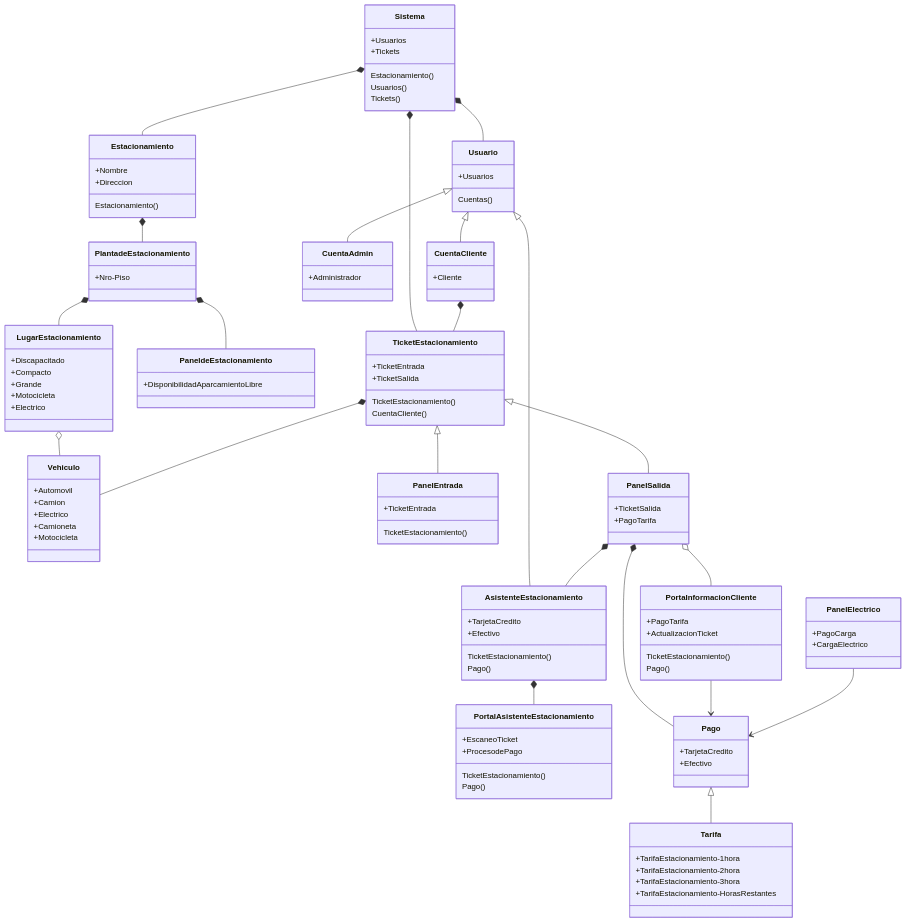
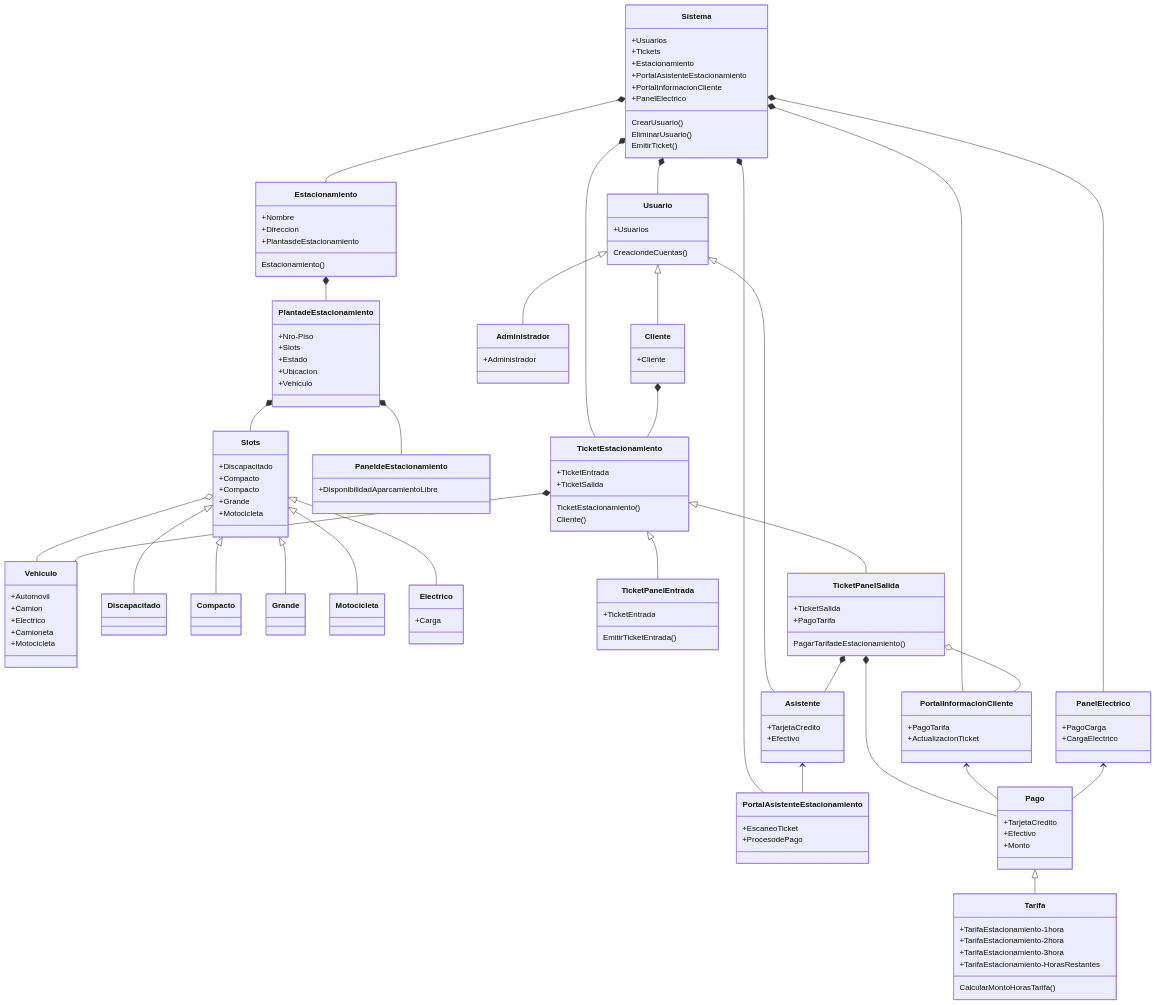
Before and after one commit to 09MauroID/Estacionamiento: the diagram in doc/diagrama.mmd, drawn with Mermaid.

```diff
--- a/doc/diagrama.mmd
+++ b/doc/diagrama.mmd
@@ -1,122 +1,146 @@
 classDiagram
     Estacionamiento *-- PlantadeEstacionamiento
-    PlantadeEstacionamiento *-- LugarEstacionamiento
-    LugarEstacionamiento o-- Vehiculo
+    PlantadeEstacionamiento *-- Slots
+    Slots o-- Vehiculo
     PlantadeEstacionamiento *-- PaneldeEstacionamiento
     
     Sistema *-- Estacionamiento
     Sistema *-- Usuario
     Sistema *-- TicketEstacionamiento
+    Sistema *-- PortalAsistenteEstacionamiento
+    Sistema *-- PortalInformacionCliente
+    Sistema *-- PanelElectrico
 
-    Usuario <|-- CuentaAdmin
-    Usuario <|-- CuentaCliente
-    Usuario <|-- AsistenteEstacionamiento
+    Slots <|-- Discapacitado
+    Slots <|-- Compacto
+    Slots <|-- Grande
+    Slots <|-- Motocicleta
+    Slots <|-- Electrico
     
-    AsistenteEstacionamiento *-- PortalAsistenteEstacionamiento
+    Usuario <|-- Administrador
+    Usuario <|-- Cliente
+    Usuario <|-- Asistente
+    
+    Asistente <-- PortalAsistenteEstacionamiento
 
-    CuentaCliente *-- TicketEstacionamiento
+    Cliente *-- TicketEstacionamiento
 
-    TicketEstacionamiento <|-- PanelEntrada
-    TicketEstacionamiento <|-- PanelSalida
+    TicketEstacionamiento <|-- TicketPanelEntrada
+    TicketEstacionamiento <|-- TicketPanelSalida
     TicketEstacionamiento *-- Vehiculo
 
-    PanelSalida *-- AsistenteEstacionamiento
-    PanelSalida *-- Pago
-    PanelSalida o-- PortaInformacionCliente
-    
+    TicketPanelSalida *-- Asistente
+    TicketPanelSalida *-- Pago
+    TicketPanelSalida o-- PortalInformacionCliente    
 
+    PortalInformacionCliente <-- Pago
 
-    PortaInformacionCliente --> Pago
-
-    PanelElectrico --> Pago
+    PanelElectrico <-- Pago
 
     Pago <|-- Tarifa
 
     class Sistema
     Sistema: +Usuarios
     Sistema: +Tickets
-    Sistema: Estacionamiento()
-    Sistema: Usuarios()
-    Sistema: Tickets()
+    Sistema: +Estacionamiento
+    Sistema: +PortalAsistenteEstacionamiento
+    Sistema: +PortalInformacionCliente
+    Sistema: +PanelElectrico
+    Sistema: CrearUsuario()
+    Sistema: EliminarUsuario()
+    Sistema: EmitirTicket()
 
     class Estacionamiento
     Estacionamiento: +Nombre
     Estacionamiento: +Direccion
+    Estacionamiento: +PlantasdeEstacionamiento
     Estacionamiento: Estacionamiento()
 
 
     class PlantadeEstacionamiento
     PlantadeEstacionamiento: +Nro-Piso
+    PlantadeEstacionamiento: +Slots
+    PlantadeEstacionamiento: +Estado
+    PlantadeEstacionamiento: +Ubicacion
+    PlantadeEstacionamiento: +Vehiculo
 
-    class LugarEstacionamiento
-    LugarEstacionamiento: +Discapacitado
-    LugarEstacionamiento: +Compacto
-    LugarEstacionamiento: +Grande
-    LugarEstacionamiento: +Motocicleta
-    LugarEstacionamiento: +Electrico
+    class Slots
+    Slots: +Discapacitado
+    Slots: +Compacto
+    Slots: +Compacto
+    Slots: +Grande
+    Slots: +Motocicleta
+    
+    class Discapacitado
+
+    class Compacto
+    
+    class Grande
+    
+    class Motocicleta
+    
+    class Electrico
+    Electrico: +Carga
 
     class Vehiculo
     Vehiculo: +Automovil
     Vehiculo: +Camion
     Vehiculo: +Electrico
     Vehiculo: +Camioneta
     Vehiculo: +Motocicleta
 
     class Usuario
     Usuario: +Usuarios
-    Usuario: Cuentas()
+    Usuario: CreaciondeCuentas()
 
-    class CuentaAdmin
-    CuentaAdmin: +Administrador
+    class Administrador
+    Administrador: +Administrador
     
-    class CuentaCliente
-    CuentaCliente: +Cliente
+    class Cliente
+    Cliente: +Cliente
 
     class TicketEstacionamiento
     TicketEstacionamiento: +TicketEntrada
     TicketEstacionamiento: +TicketSalida
     TicketEstacionamiento: TicketEstacionamiento()
-    TicketEstacionamiento: CuentaCliente()
+    TicketEstacionamiento: Cliente()
 
-    class PanelEntrada
-    PanelEntrada: +TicketEntrada
-    PanelEntrada: TicketEstacionamiento()
+    class TicketPanelEntrada
+    TicketPanelEntrada: +TicketEntrada
+    TicketPanelEntrada: EmitirTicketEntrada()
 
-    class PanelSalida
-    PanelSalida: +TicketSalida
-    PanelSalida: +PagoTarifa
+    class TicketPanelSalida
+    TicketPanelSalida: +TicketSalida
+    TicketPanelSalida: +PagoTarifa
+    TicketPanelSalida: PagarTarifadeEstacionamiento()
 
     class Pago
     Pago: +TarjetaCredito
     Pago: +Efectivo
+    Pago: +Monto
 
     class Tarifa
     Tarifa: +TarifaEstacionamiento-1hora
     Tarifa: +TarifaEstacionamiento-2hora
     Tarifa: +TarifaEstacionamiento-3hora
     Tarifa: +TarifaEstacionamiento-HorasRestantes
+    Tarifa: CalcularMontoHorasTarifa()
 
     class PaneldeEstacionamiento
     PaneldeEstacionamiento: +DisponibilidadAparcamientoLibre
 
     class PortalAsistenteEstacionamiento
     PortalAsistenteEstacionamiento: +EscaneoTicket
     PortalAsistenteEstacionamiento: +ProcesodePago
-    PortalAsistenteEstacionamiento: TicketEstacionamiento()
-    PortalAsistenteEstacionamiento: Pago()
 
-    class PortaInformacionCliente
-    PortaInformacionCliente: +PagoTarifa
-    PortaInformacionCliente: +ActualizacionTicket
-    PortaInformacionCliente: TicketEstacionamiento()
-    PortaInformacionCliente: Pago()
+    class PortalInformacionCliente
+    PortalInformacionCliente: +PagoTarifa
+    PortalInformacionCliente: +ActualizacionTicket
 
     class PanelElectrico
     PanelElectrico: +PagoCarga
     PanelElectrico: +CargaElectrico
 
-    class AsistenteEstacionamiento
-    AsistenteEstacionamiento: +TarjetaCredito
-    AsistenteEstacionamiento: +Efectivo
-    AsistenteEstacionamiento: TicketEstacionamiento()
-    AsistenteEstacionamiento: Pago()
+    class Asistente
+    Asistente: +TarjetaCredito
+    Asistente: +Efectivo
```
